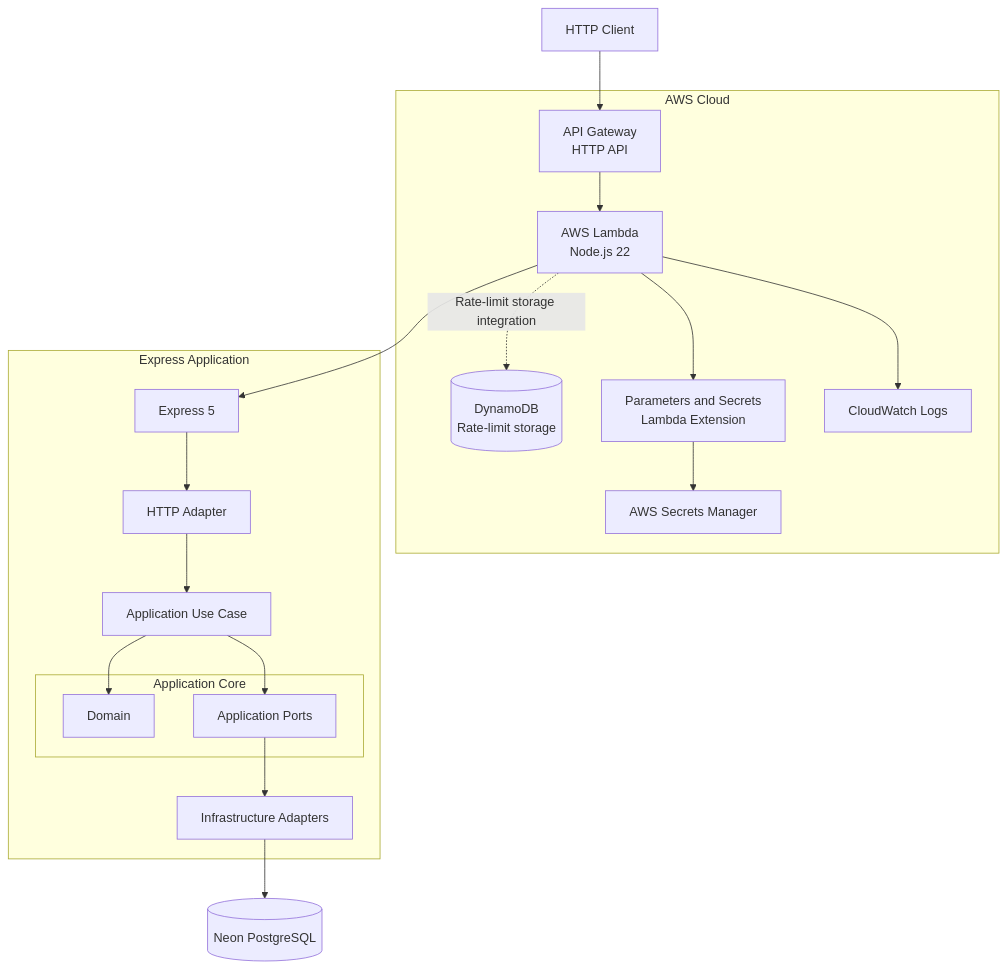
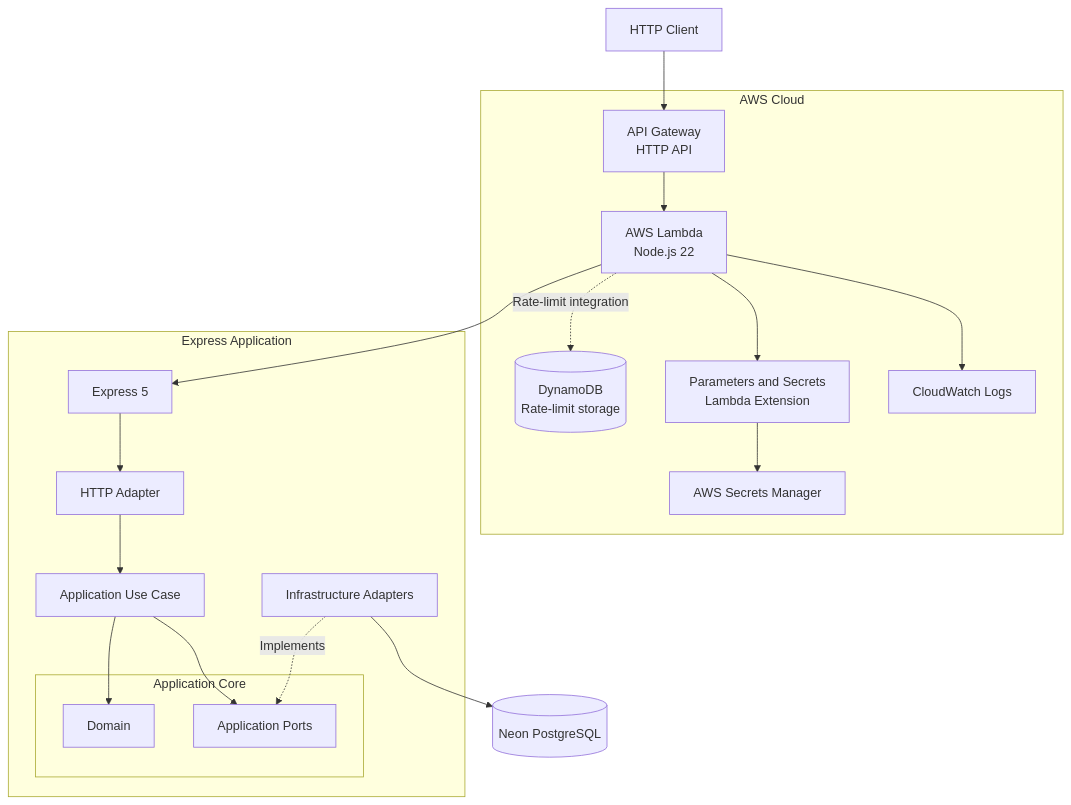
Before and after one commit to ffakira/orbis: the first of 4 diagrams in README.md, drawn with Mermaid. The commit also changed other lines of this file and 1 other file, not shown here.

````diff
--- a/README.md
+++ b/README.md
@@ -46,44 +49,44 @@
 ```mermaid
 flowchart TB
     Client["HTTP Client"]
 
     subgraph AWS["AWS Cloud"]
         Gateway["API Gateway<br/>HTTP API"]
         Lambda["AWS Lambda<br/>Node.js 22"]
         DynamoDB[("DynamoDB<br/>Rate-limit storage")]
         SecretsExtension["Parameters and Secrets<br/>Lambda Extension"]
         SecretsManager["AWS Secrets Manager"]
         CloudWatch["CloudWatch Logs"]
     end
 
     subgraph Application["Express Application"]
         Express["Express 5"]
         HTTP["HTTP Adapter"]
         UseCase["Application Use Case"]
 
         subgraph Core["Application Core"]
             Domain["Domain"]
             Ports["Application Ports"]
         end
 
         Adapters["Infrastructure Adapters"]
     end
 
     Neon[("Neon PostgreSQL")]
 
     Client --> Gateway
     Gateway --> Lambda
     Lambda --> Express
     Express --> HTTP
     HTTP --> UseCase
 
     UseCase --> Domain
     UseCase --> Ports
-    Ports --> Adapters
+    Adapters -.->|"Implements"| Ports
     Adapters --> Neon
 
-    Lambda -.->|"Rate-limit storage integration"| DynamoDB
+    Lambda -.->|"Rate-limit integration"| DynamoDB
     Lambda --> SecretsExtension
     SecretsExtension --> SecretsManager
     Lambda --> CloudWatch
 ```
````
